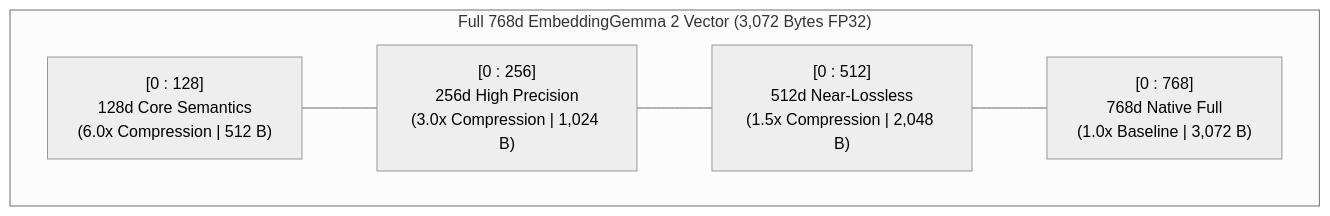
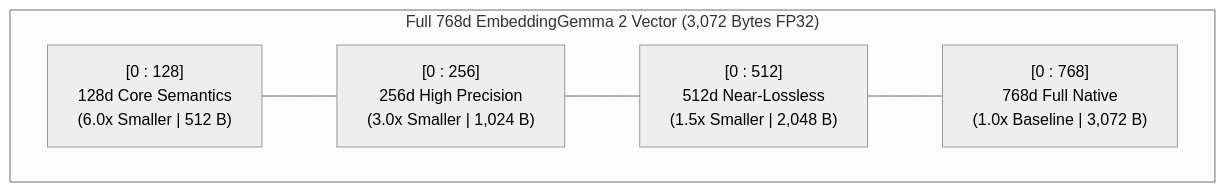
Before and after one commit to ajithvnr2001/sarvam-docs: the first of 2 diagrams in rag-embeddinggemma2-course/course/04_matryoshka_mrl_retrieval.md, drawn with Mermaid (neutral theme). The commit also changed other lines of this file and 14 other files, not shown here.

Commit message:
Fix all GFM/KaTeX/Mermaid lint issues & upgrade all 11 RAG course modules to MIT-Professor 4-pillar standard

````diff
--- a/rag-embeddinggemma2-course/course/04_matryoshka_mrl_retrieval.md
+++ b/rag-embeddinggemma2-course/course/04_matryoshka_mrl_retrieval.md
@@ -19,7 +19,7 @@
 ```mermaid
 flowchart LR
     subgraph Full["Full 768d EmbeddingGemma 2 Vector (3,072 Bytes FP32)"]
         direction LR
-        D128["[0 : 128]\n128d Core Semantics\n(6.0x Compression | 512 B)"] --- D256["[0 : 256]\n256d High Precision\n(3.0x Compression | 1,024 B)"] --- D512["[0 : 512]\n512d Near-Lossless\n(1.5x Compression | 2,048 B)"] --- D768["[0 : 768]\n768d Native Full\n(1.0x Baseline | 3,072 B)"]
+        D128["[0 : 128]<br/>128d Core Semantics<br/>(6.0x Smaller | 512 B)"] --- D256["[0 : 256]<br/>256d High Precision<br/>(3.0x Smaller | 1,024 B)"] --- D512["[0 : 512]<br/>512d Near-Lossless<br/>(1.5x Smaller | 2,048 B)"] --- D768["[0 : 768]<br/>768d Full Native<br/>(1.0x Baseline | 3,072 B)"]
     end
 ```
````
